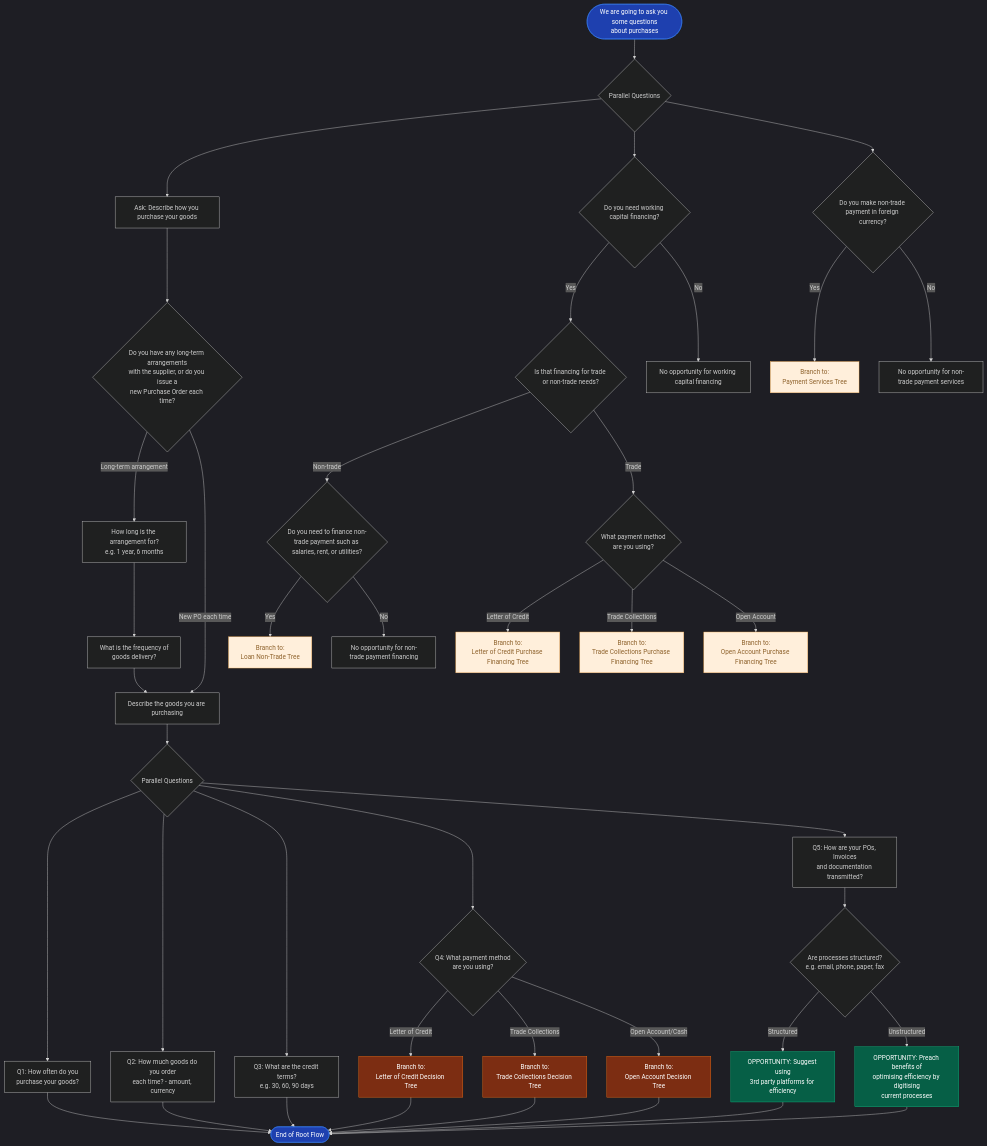
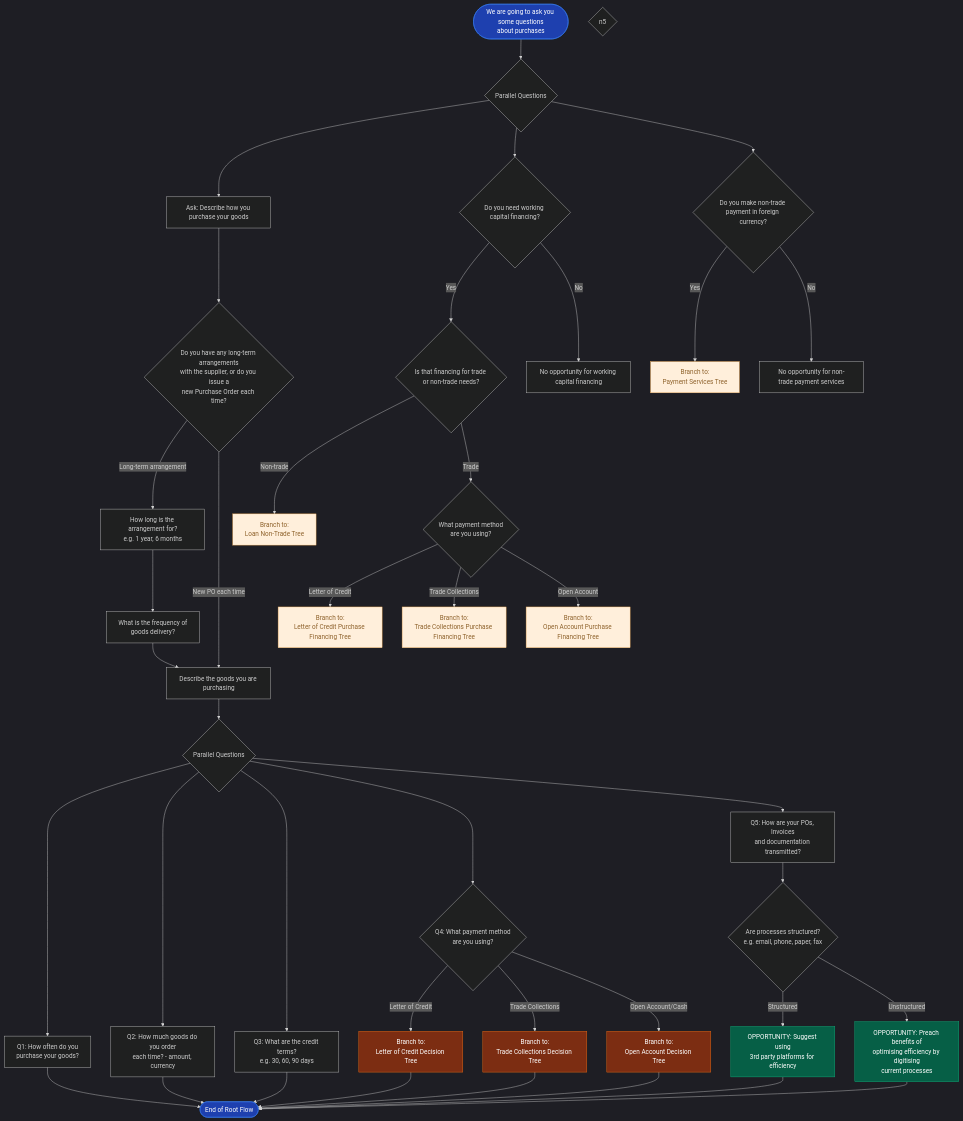
The diagram in tvc_decision_trees/root/root_decisiontree.md (sage-develop/why), drawn with Mermaid before and after one commit.

Commit message:
remove redundant question

````diff
--- a/tvc_decision_trees/root/root_decisiontree.md
+++ b/tvc_decision_trees/root/root_decisiontree.md
@@ -3,67 +3,64 @@
 ```mermaid
 %%{init: {'theme':'dark'}}%%
 
 flowchart TD
     Start(["We are going to ask you some questions<br>about purchases"]) --> n11["Parallel Questions"]
     Q1["Ask: Describe how you purchase your goods"] --> Q2{"Do you have any long-term arrangements<br>with the supplier, or do you issue a<br>new Purchase Order each time?"}
     Q2 -- "Long-term arrangement" --> LT1["How long is the arrangement for?<br>e.g. 1 year, 6 months"]
     LT1 --> LT2["What is the frequency of<br>goods delivery?"]
     Q2 -- New PO each time --> GOODS["Describe the goods you are purchasing"]
     GOODS --> PARALLEL{"Parallel Questions"}
     PARALLEL --> P1["Q1: How often do you<br>purchase your goods?"] & P2["Q2: How much goods do you order<br>each time? - amount, currency"] & P3["Q3: What are the credit terms?<br>e.g. 30, 60, 90 days"] & P4{"Q4: What payment method<br>are you using?"} & P5["Q5: How are your POs, Invoices<br>and documentation transmitted?"]
     P4 -- Letter of Credit --> LOC["Branch to:<br>Letter of Credit Decision Tree"]
     P4 -- Trade Collections --> TC["Branch to:<br>Trade Collections Decision Tree"]
     P4 -- Open Account/Cash --> OA["Branch to:<br>Open Account Decision Tree"]
     P5 --> D1{"Are processes structured?<br>e.g. email, phone, paper, fax"}
     D1 -- Structured --> OPP2["OPPORTUNITY: Suggest using<br>3rd party platforms for efficiency"]
     D1 -- Unstructured --> OPP3["OPPORTUNITY: Preach benefits of<br>optimising efficiency by digitising<br>current processes"]
     LOC --> END(["End of Root Flow"])
     TC --> END
     OA --> END
     OPP2 --> END
     OPP3 --> END
     P1 --> END
     P2 --> END
     P3 --> END
     LT2 --> GOODS
     n1["Do you need working capital financing?"] -- Yes --> n8["Is that financing for trade or non-trade needs?"]
-    n8 -- "Non-trade" --> n5["Do you need to finance non-trade payment such as salaries, rent, or utilities?"]
+    n8 -- "Non-trade" --> n4@{ label: "<span style=\"color:\">Branch to:</span><br style=\"--tw-scale-x:\"><span style=\"color:\">Loan Non-Trade Tree</span>" }
     n1 -- No --> n3["No opportunity for working capital financing"]
-    n5 -- Yes --> n4@{ label: "<span style=\"color:\">Branch to:</span><br style=\"--tw-scale-x:\"><span style=\"color:\">Loan Non-Trade Tree</span>" }
     n6["Do you make non-trade payment in foreign currency?"] -- Yes --> n7@{ label: "<span style=\"--tw-scale-x:\">Branch to:</span><br style=\"--tw-scale-x:\"><span style=\"--tw-scale-x:\">Payment Services Tree</span>" }
     n8 -- Trade --> n12@{ label: "What payment method<br style=\"--tw-scale-x:\">are you using?" }
-    n5 -- No --> n9["No opportunity for non-trade payment financing"]
     n6 -- No --> n10["No opportunity for non-trade payment services"]
     n11 --> Q1 & n1 & n6
     n12 -- Letter of Credit --> n2@{ label: "<span style=\"color:\">Branch to:</span><br style=\"--tw-scale-x:\"><span style=\"color:\">Letter of Credit Purchase Financing Tree</span>" }
     n12 -- Trade Collections --> n13@{ label: "<span style=\"--tw-scale-x:\">Branch to:</span><br style=\"--tw-scale-x:\"><span style=\"--tw-scale-x:\">Trade Collections Purchase Financing Tree</span>" }
     n12 -- Open Account --> n14@{ label: "<span style=\"--tw-scale-x:\">Branch to:</span><br style=\"--tw-scale-x:\"><span style=\"--tw-scale-x:\">Open Account Purchase Financing Tree</span>" }
 
     n11@{ shape: diam}
     n1@{ shape: diam}
     n8@{ shape: diam}
     n5@{ shape: diam}
     n3@{ shape: rect}
     n4@{ shape: rect}
     n6@{ shape: diam}
     n7@{ shape: rect}
     n12@{ shape: diam}
-    n9@{ shape: rect}
     n10@{ shape: rect}
     n2@{ shape: rect}
     n13@{ shape: rect}
     n14@{ shape: rect}
      n4:::Peach
      n7:::Peach
      n2:::Peach
      n13:::Peach
      n14:::Peach
     classDef Peach stroke-width:1px, stroke-dasharray:none, stroke:#FBB35A, fill:#FFEFDB, color:#8F632D
     style Start fill:#1e40af,stroke:#3b82f6,color:#fff
     style LOC fill:#7c2d12,stroke:#f97316,color:#fff
     style TC fill:#7c2d12,stroke:#f97316,color:#fff
     style OA fill:#7c2d12,stroke:#f97316,color:#fff
     style OPP2 fill:#065f46,stroke:#10b981,color:#fff
     style OPP3 fill:#065f46,stroke:#10b981,color:#fff
     style END fill:#1e40af,stroke:#3b82f6,color:#fff
 ```
````
